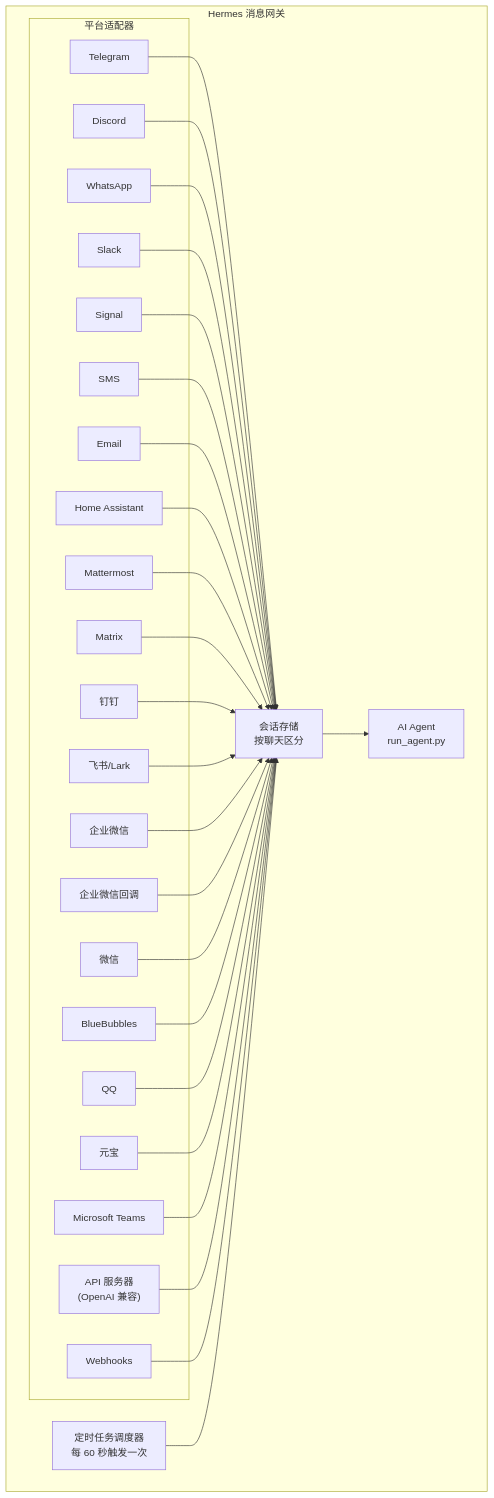
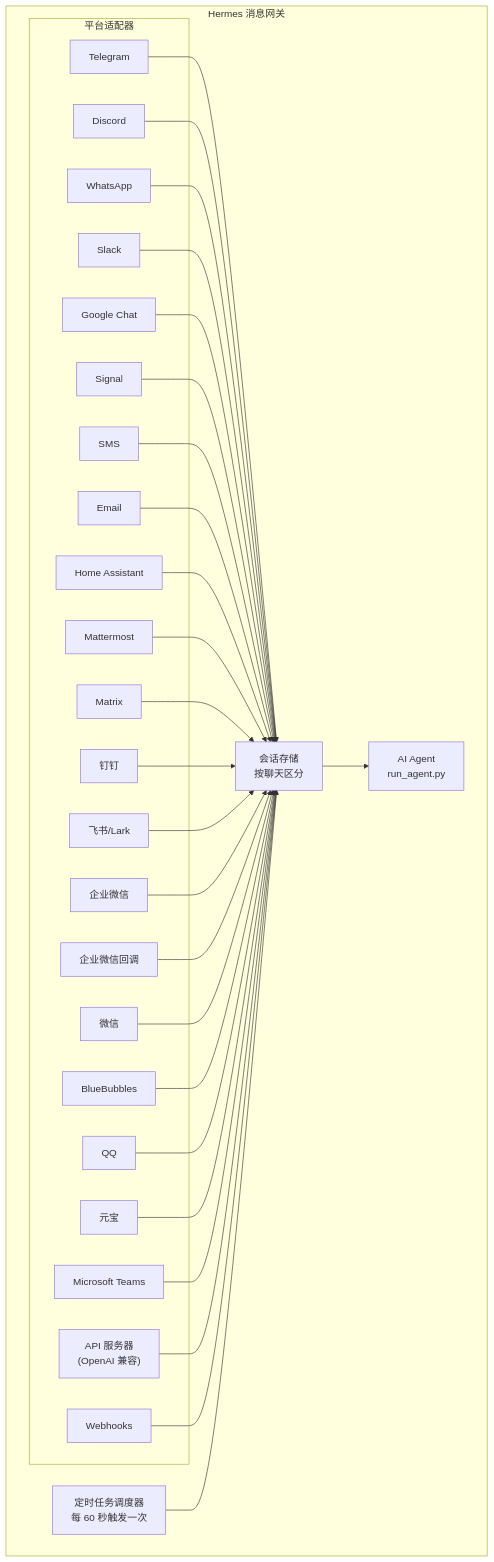
The diagram in translations/docs/user-guide/messaging/index.md (lyy0709/hermes-agent-zh), drawn with Mermaid before and after one commit. The commit also changed other lines of this file and 19 other files, not shown here.

````diff
--- a/translations/docs/user-guide/messaging/index.md
+++ b/translations/docs/user-guide/messaging/index.md
@@ -41,56 +42,58 @@
 ```mermaid
 flowchart TB
     subgraph Gateway["Hermes 消息网关"]
         subgraph Adapters["平台适配器"]
             tg[Telegram]
             dc[Discord]
             wa[WhatsApp]
             sl[Slack]
+            gc[Google Chat]
             sig[Signal]
             sms[SMS]
             em[Email]
             ha[Home Assistant]
             mm[Mattermost]
             mx[Matrix]
             dt[钉钉]
     fs[飞书/Lark]
     wc[企业微信]
     wcb[企业微信回调]
     wx[微信]
     bb[BlueBubbles]
     qq[QQ]
     yb[元宝]
     ms[Microsoft Teams]
     api["API 服务器<br/>(OpenAI 兼容)"]
     wh[Webhooks]
         end
 
         store["会话存储<br/>按聊天区分"]
         agent["AI Agent<br/>run_agent.py"]
         cron["定时任务调度器<br/>每 60 秒触发一次"]
     end
 
     tg --> store
     dc --> store
     wa --> store
     sl --> store
+    gc --> store
     sig --> store
     sms --> store
     em --> store
     ha --> store
     mm --> store
     mx --> store
     dt --> store
     fs --> store
     wc --> store
     wcb --> store
     wx --> store
     bb --> store
     qq --> store
     yb --> store
     ms --> store
     api --> store
     wh --> store
     store --> agent
     cron --> store
 ```
````
